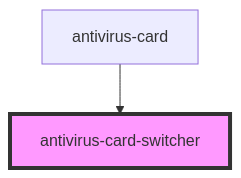
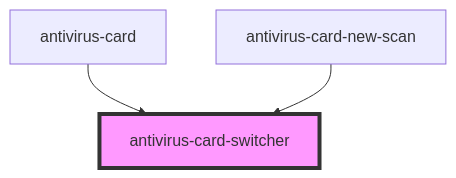
Before and after one commit to ispsystem/plugin-imunify: the diagram in client/packages/antivirus-card/src/components/switcher/readme.md, drawn with Mermaid. The commit also changed other lines of this file and 30 other files, not shown here.

````diff
--- a/client/packages/antivirus-card/src/components/switcher/readme.md
+++ b/client/packages/antivirus-card/src/components/switcher/readme.md
@@ -15,5 +16,6 @@
 ```mermaid
 graph TD;
   antivirus-card --> antivirus-card-switcher
+  antivirus-card-new-scan --> antivirus-card-switcher
   style antivirus-card-switcher fill:#f9f,stroke:#333,stroke-width:4px
 ```
````
